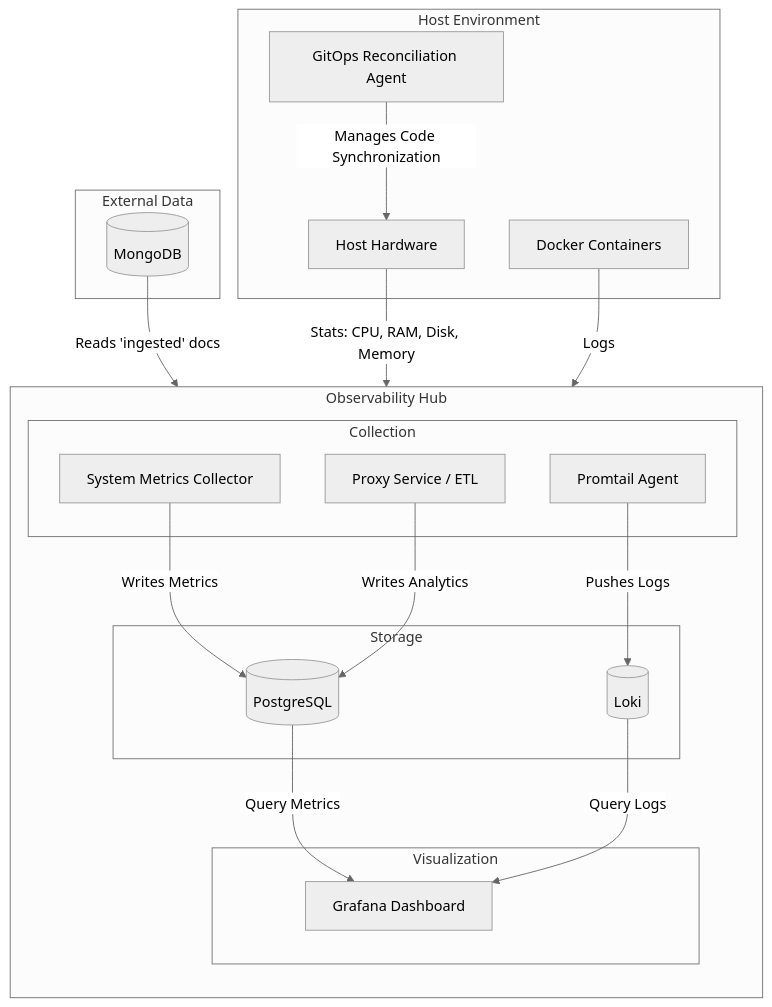
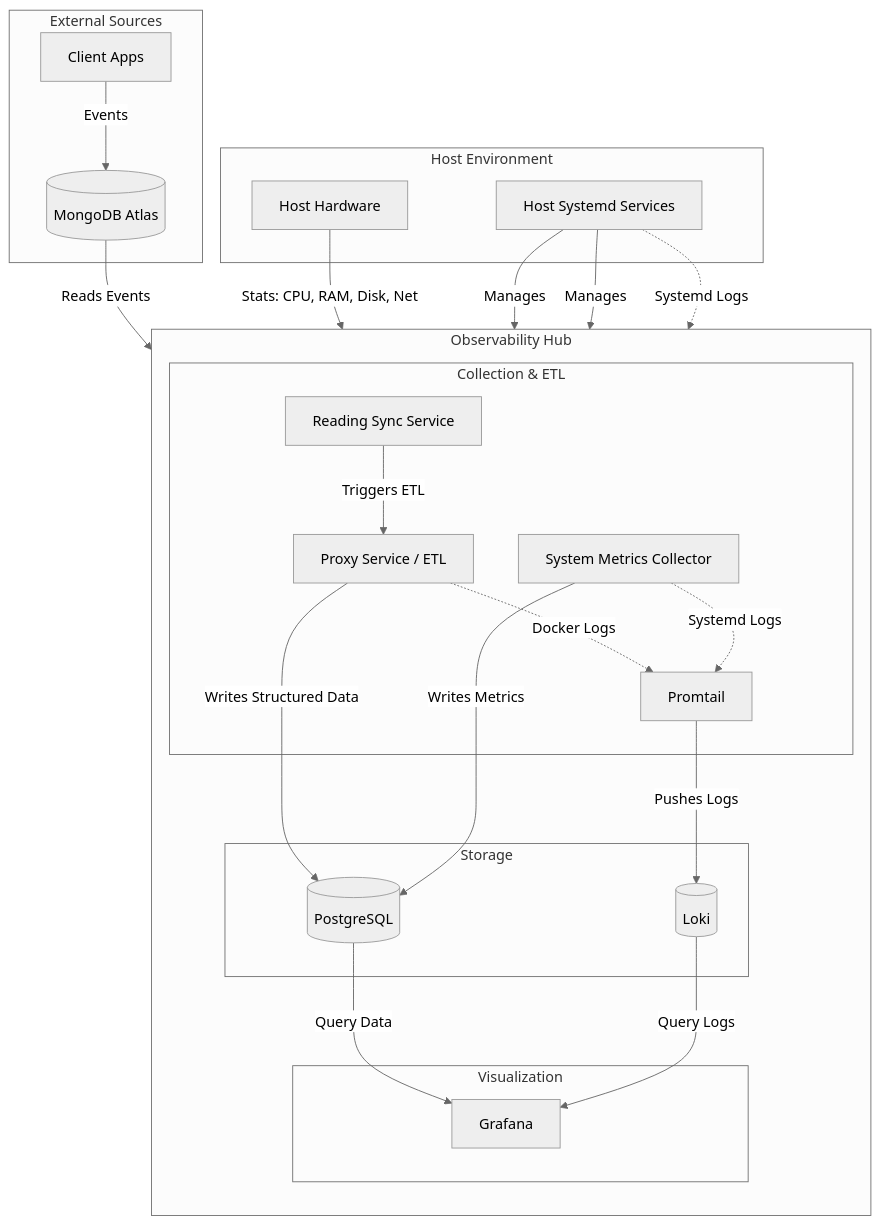
One commit to victoriacheng15/observability-hub changed the diagram in docs/architecture/README.md. Above: the diagram before and after it, drawn with Mermaid (neutral theme). The commit also changed other lines of this file and 3 other files, not shown here.

Commit message:
docs(arch): sync architecture diagrams and document systemd automation

````diff
--- a/docs/architecture/README.md
+++ b/docs/architecture/README.md
@@ -9,46 +9,56 @@
 ```mermaid
 graph TD
+    subgraph "External Sources"
+        Apps[Client Apps]
+        Mongo[(MongoDB Atlas)]
+    end
+
     subgraph "Host Environment"
         Hardware[Host Hardware]
-        Docker[Docker Containers]
-        GitOpsAgent[GitOps Reconciliation Agent]
-    end
-
-    subgraph "External Data"
-        Mongo[(MongoDB)]
+        HostServices[Host Systemd Services]
     end
 
     subgraph "Observability Hub"
         direction TB
         
-        subgraph "Collection"
+        subgraph "Collection & ETL"
             Metrics[System Metrics Collector]
-            Promtail[Promtail Agent]
+            Sync[Reading Sync Service]
             Proxy[Proxy Service / ETL]
+            Promtail[Promtail]
         end
 
         subgraph "Storage"
             PG[(PostgreSQL)]
             Loki[(Loki)]
         end
 
         subgraph "Visualization"
-            Grafana[Grafana Dashboard]
+            Grafana[Grafana]
         end
     end
 
-    %% Data Flows
-    Hardware -->|Stats: CPU, RAM, Disk, Memory| Metrics
+    %% Application Data Flow
+    Apps -->|Events| Mongo
+    Sync -->|Triggers ETL| Proxy
+    Mongo -->|Reads Events| Proxy
+    Proxy -->|Writes Structured Data| PG
+
+    %% System Metrics Flow
+    Hardware -->|Stats: CPU, RAM, Disk, Net| Metrics
     Metrics -->|Writes Metrics| PG
-    
-    Mongo -->|Reads 'ingested' docs| Proxy
-    Proxy -->|Writes Analytics| PG
-    
-    Docker -->|Logs| Promtail
+
+    %% GitOps & Automation
+    HostServices -->|Manages| Metrics
+    HostServices -->|Manages| Sync
+
+    %% Logging Flow
+    Proxy -.->|Docker Logs| Promtail
+    HostServices -.->|Systemd Logs| Promtail
+    Metrics -.->|Systemd Logs| Promtail
     Promtail -->|Pushes Logs| Loki
-    
-    GitOpsAgent -->|Manages Code Synchronization| Hardware
-    
-    PG -->|Query Metrics| Grafana
+
+    %% Visualization
+    PG -->|Query Data| Grafana
     Loki -->|Query Logs| Grafana
 ```
````
